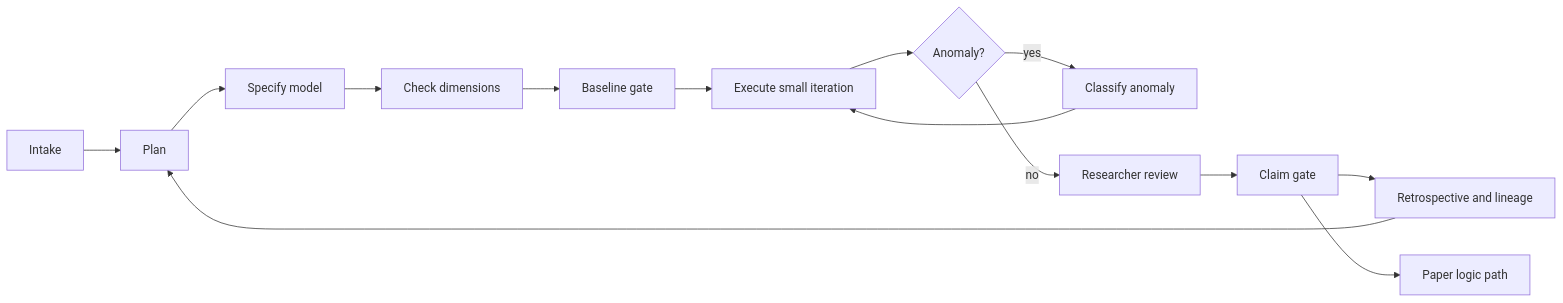
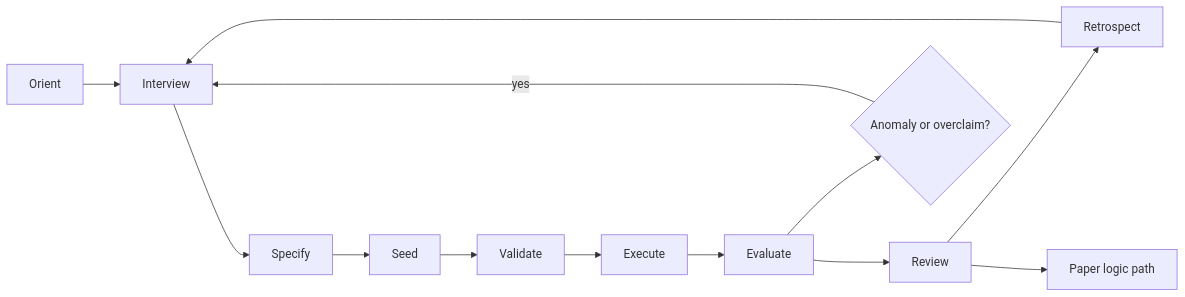
The first of 7 diagrams in docs/workflow_diagrams.md (kisbi3/ResearchPartner), drawn with Mermaid before and after one commit. The commit also changed other lines of this file and 6 other files, not shown here.

````diff
--- a/docs/workflow_diagrams.md
+++ b/docs/workflow_diagrams.md
@@ -5,16 +5,15 @@
 ```mermaid
 flowchart LR
-    A["Intake"] --> B["Plan"]
-    B --> C["Specify model"]
-    C --> D["Check dimensions"]
-    D --> E["Baseline gate"]
-    E --> F["Execute small iteration"]
-    F --> G{"Anomaly?"}
-    G -->|yes| H["Classify anomaly"]
-    H --> F
-    G -->|no| I["Researcher review"]
-    I --> J["Claim gate"]
-    J --> K["Retrospective and lineage"]
-    K --> B
-    J --> L["Paper logic path"]
+    A["Orient"] --> B["Interview"]
+    B --> C["Specify"]
+    C --> D["Seed"]
+    D --> E["Validate"]
+    E --> F["Execute"]
+    F --> G["Evaluate"]
+    G --> H["Review"]
+    H --> I["Retrospect"]
+    I --> B
+    G --> J{"Anomaly or overclaim?"}
+    J -->|yes| B
+    H --> K["Paper logic path"]
 ```
````
